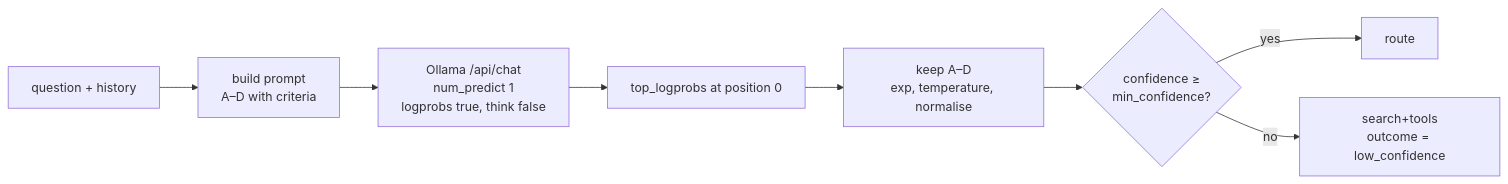
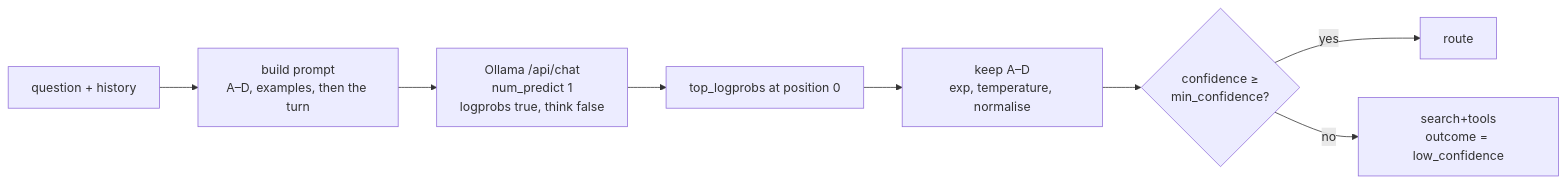
Before and after one commit to aarora79/meru: the diagram in docs/fast-router.md, drawn with Mermaid. The commit also changed other lines of this file and 13 other files, not shown here.

````diff
--- a/docs/fast-router.md
+++ b/docs/fast-router.md
@@ -51,10 +52,10 @@
 ```mermaid
 flowchart LR
-    Q["question + history"] --> P["build prompt<br/>A–D with criteria"]
+    Q["question + history"] --> P["build prompt<br/>A–D, examples, then the turn"]
     P --> O["Ollama /api/chat<br/>num_predict 1<br/>logprobs true, think false"]
     O --> T["top_logprobs at position 0"]
     T --> F["keep A–D<br/>exp, temperature, normalise"]
     F --> C{"confidence ≥<br/>min_confidence?"}
     C -- yes --> R["route"]
     C -- no --> FB["search+tools<br/>outcome = low_confidence"]
 ```
````
